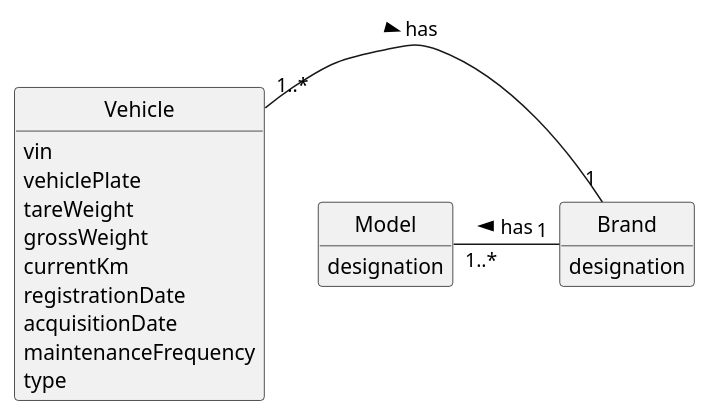
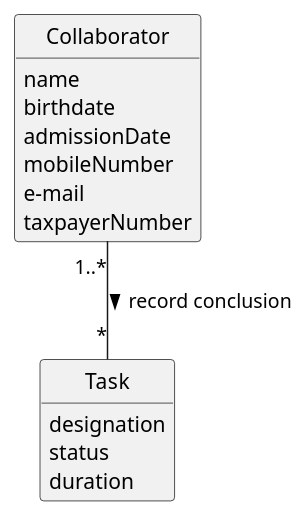
Before and after one commit to ricardomm7/leaflink: the diagram in docs/sprintC/us029/02.analysis/puml/us006-domain-model.puml, drawn with PlantUML. The commit also changed 5 other files, not shown here.

Commit message:
Refactor US029 documentation and domain model to align with task completion recording requirements

```diff
--- a/docs/sprintC/us029/02.analysis/puml/us006-domain-model.puml
+++ b/docs/sprintC/us029/02.analysis/puml/us006-domain-model.puml
@@ -1,36 +1,32 @@
 @startuml
 skinparam monochrome true
 skinparam packageStyle rectangle
 skinparam shadowing false
 
 'left to right direction
 
 skinparam classAttributeIconSize 0
 
 hide circle
 hide methods
 
 
-class Vehicle {
-vin
-vehiclePlate
-tareWeight
-grossWeight
-currentKm
-registrationDate
-acquisitionDate
-maintenanceFrequency
-type
+class Collaborator {
+    name
+    birthdate
+    admissionDate
+    mobileNumber
+    e-mail
+    taxpayerNumber
 }
 
-class Brand {
+
+class Task {
     designation
+    status
+    duration
 }
 
-class Model {
-    designation
-}
+Collaborator "1..*" -- "*" Task : record conclusion >
 
-Vehicle "1..*" - "1" Brand : has >
-Model "1..*" -"1" Brand: has <
 @enduml
```
